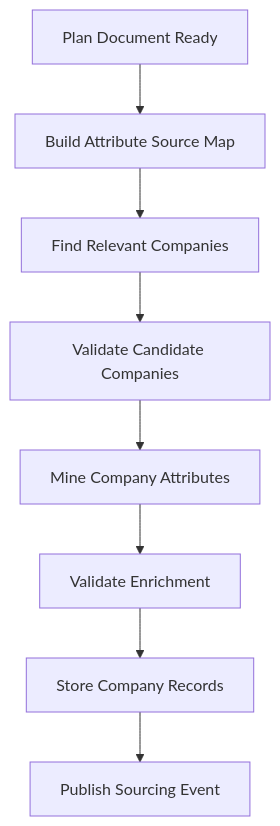
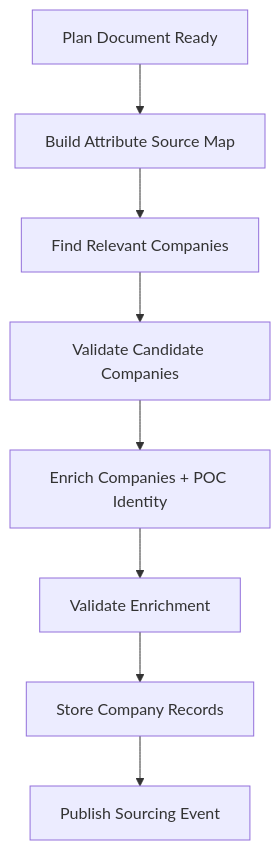
The diagram in docs/data-sourcing-service.md (wolfy5786/Autonomous_email_outreach), drawn with Mermaid before and after one commit. The commit also changed other lines of this file and 13 other files, not shown here.

````diff
--- a/docs/data-sourcing-service.md
+++ b/docs/data-sourcing-service.md
@@ -118,10 +119,10 @@
 ```mermaid
 flowchart TD
   PlanReady["Plan Document Ready"] --> BuildMap["Build Attribute Source Map"]
   BuildMap --> CompanyDiscovery["Find Relevant Companies"]
   CompanyDiscovery --> CandidateValidation["Validate Candidate Companies"]
-  CandidateValidation --> CompanyMining["Mine Company Attributes"]
+  CandidateValidation --> CompanyMining["Enrich Companies + POC Identity"]
   CompanyMining --> EnrichmentValidation["Validate Enrichment"]
   EnrichmentValidation --> StoreData["Store Company Records"]
   StoreData --> PublishEvent["Publish Sourcing Event"]
 ```
````
